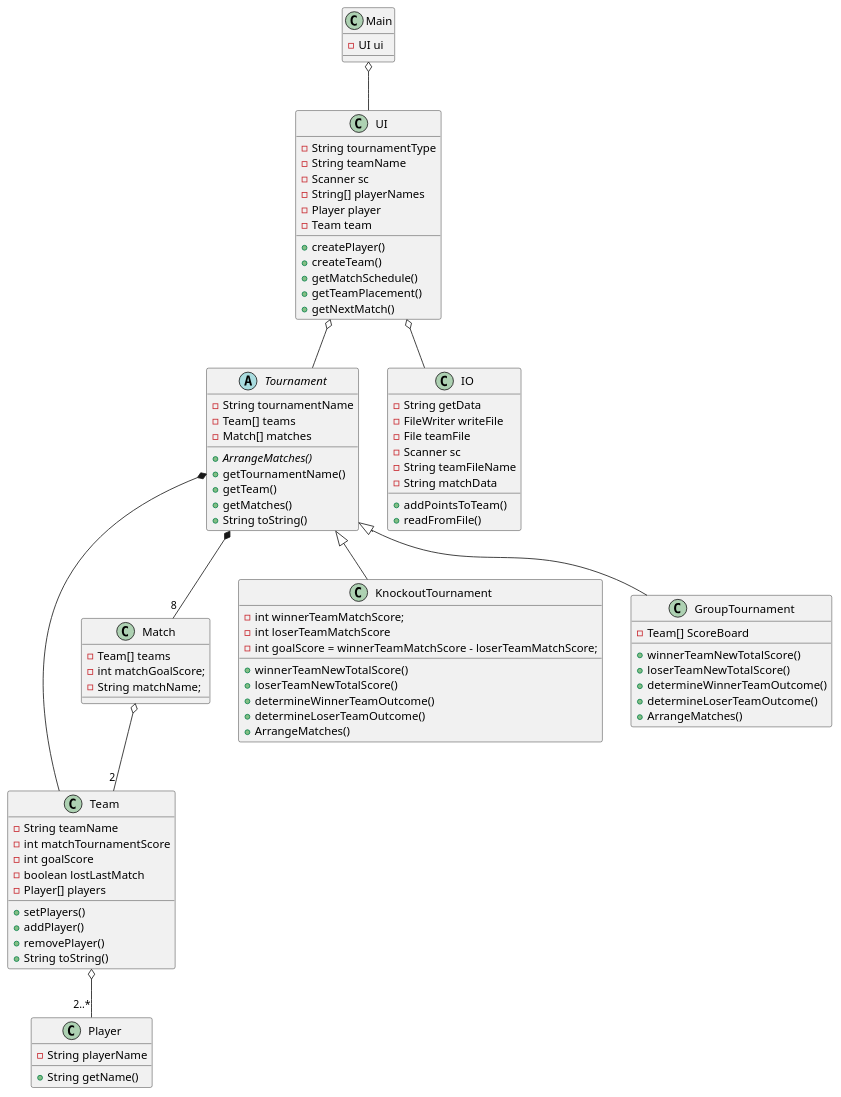
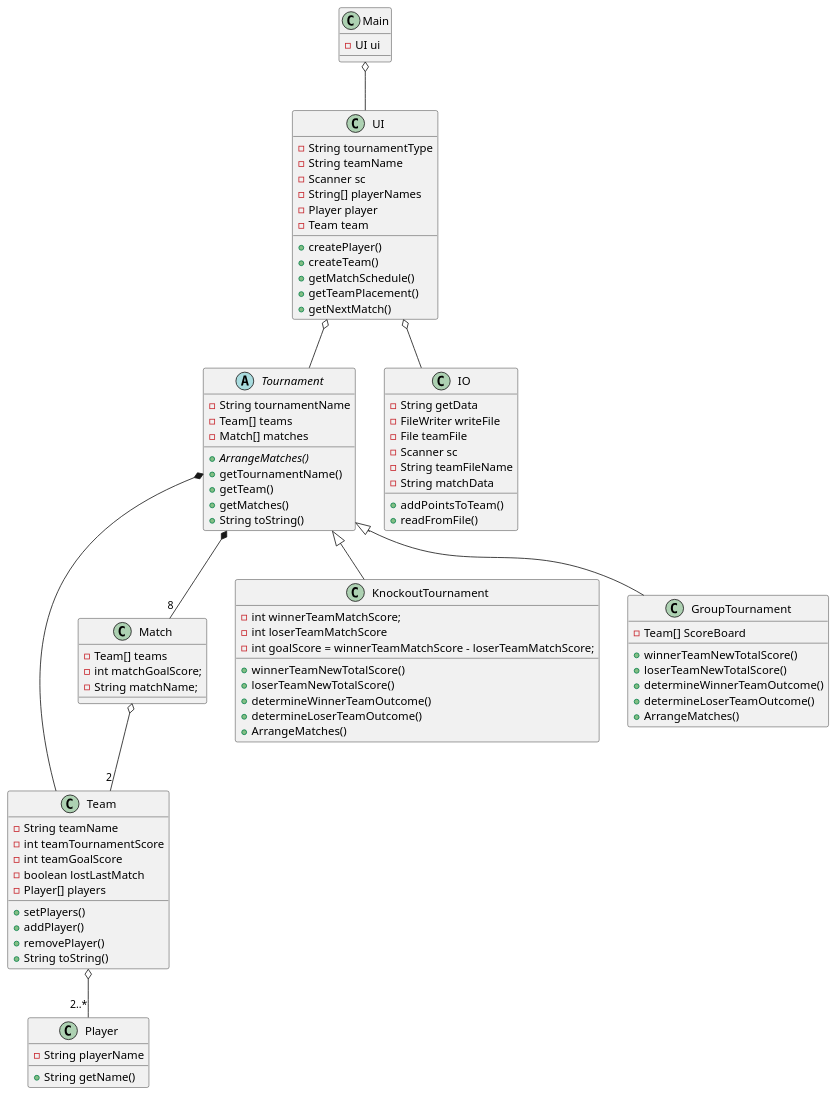
One commit to DeRp-DaWg/SP3 changed the diagram in doc/Class.puml. Above: the diagram before and after it, drawn with PlantUML.

Commit message:
Lavet af Andreas

```diff
--- a/doc/Class.puml
+++ b/doc/Class.puml
@@ -1,98 +1,98 @@
 @startuml
 'https://plantuml.com/class-diagram
 
 class Main{
 -UI ui
 }
 
 class Player {
 -String playerName
 +String getName()
 }
 
 class Team {
 -String teamName
--int matchTournamentScore
--int goalScore
+-int teamTournamentScore
+-int teamGoalScore
 -boolean lostLastMatch
 -Player[] players
 +setPlayers()
 +addPlayer()
 +removePlayer()
 +String toString()
 }
 
 class Match{
 -Team[] teams
 -int matchGoalScore;
 -String matchName;
 }
 
 abstract Tournament {
 -String tournamentName
 -Team[] teams
 -Match[] matches
 +{abstract}ArrangeMatches()
 +getTournamentName()
 +getTeam()
 +getMatches()
 +String toString()
 }
 
 class KnockoutTournament{
 -int winnerTeamMatchScore;
 -int loserTeamMatchScore
 -int goalScore = winnerTeamMatchScore - loserTeamMatchScore;
 
 +winnerTeamNewTotalScore()
 +loserTeamNewTotalScore()
 +determineWinnerTeamOutcome()
 +determineLoserTeamOutcome()
 +ArrangeMatches()
 }
 
 class GroupTournament{
 -Team[] ScoreBoard
 +winnerTeamNewTotalScore()
 +loserTeamNewTotalScore()
 +determineWinnerTeamOutcome()
 +determineLoserTeamOutcome()
 +ArrangeMatches()
 }
 
 class UI {
 -String tournamentType
 -String teamName
 -Scanner sc
 -String[] playerNames
 -Player player
 -Team team
 +createPlayer()
 +createTeam()
 +getMatchSchedule()
 +getTeamPlacement()
 +getNextMatch()
 }
 
 class IO {
 -String getData
 -FileWriter writeFile
 -File teamFile
 -Scanner sc
 -String teamFileName
 -String matchData
 +addPointsToTeam()
 +readFromFile()
 }
 
 
 UI o-- Tournament
 UI o-- IO
 Tournament *-- "8" Match
 Tournament *-- Team
 Match o-- "2" Team
 Team o-- "2..*" Player
 Tournament <|-- KnockoutTournament
 Tournament <|-- GroupTournament
 Main o-- UI
 @enduml
```
